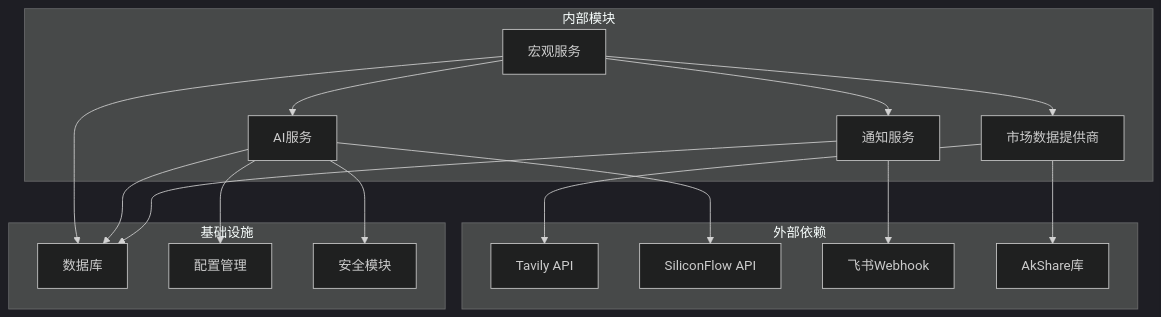
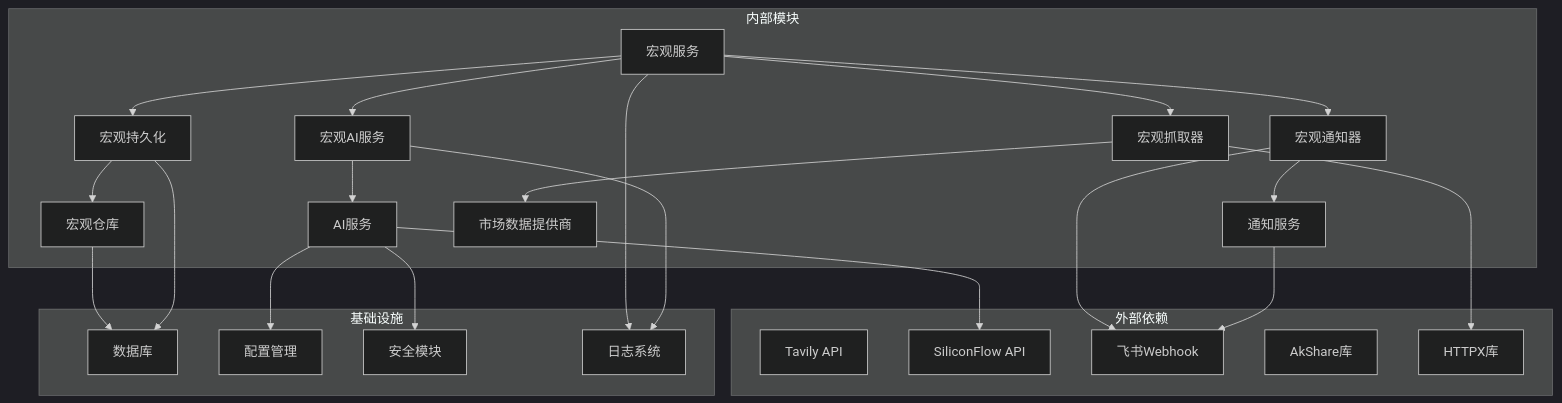
The fifth of 5 diagrams in .qoder/repowiki/zh/content/后端开发指南/业务服务实现/宏观分析服务.md (breeze-lyf/ai-stock-advisor), drawn with Mermaid (dark theme) before and after one commit. The commit also changed other lines of this file and 52 other files, not shown here.

Commit message:
Remove Alpha Vantage provider, enhance Akshare with retry and forced proxy for reliable market data, and introduce user notification settings with corresponding database migrations and frontend updates.

````diff
--- a/.qoder/repowiki/zh/content/后端开发指南/业务服务实现/宏观分析服务.md
+++ b/.qoder/repowiki/zh/content/后端开发指南/业务服务实现/宏观分析服务.md
@@ -315,32 +401,45 @@
 ```mermaid
 graph TB
 subgraph "外部依赖"
 Tavily[Tavily API]
 SiliconFlow[SiliconFlow API]
 Feishu[飞书Webhook]
 AkShare[AkShare库]
+httpx[HTTPX库]
 end
 subgraph "内部模块"
 MacroService[宏观服务]
+MacroAIService[宏观AI服务]
+MacroFetcher[宏观抓取器]
+MacroNotifier[宏观通知器]
+MacroPersistence[宏观持久化]
+MacroRepository[宏观仓库]
 AIService[AI服务]
 NotificationService[通知服务]
 MarketProviders[市场数据提供商]
 end
 subgraph "基础设施"
 Database[数据库]
 Config[配置管理]
 Security[安全模块]
+Logging[日志系统]
 end
-MacroService --> AIService
-MacroService --> NotificationService
-MacroService --> MarketProviders
+MacroService --> MacroAIService
+MacroService --> MacroFetcher
+MacroService --> MacroNotifier
+MacroService --> MacroPersistence
+MacroPersistence --> MacroRepository
+MacroAIService --> AIService
+MacroNotifier --> NotificationService
+MacroFetcher --> MarketProviders
 AIService --> SiliconFlow
 AIService --> Config
 AIService --> Security
-MarketProviders --> Tavily
-MarketProviders --> AkShare
-MacroService --> Database
-AIService --> Database
+MacroRepository --> Database
+MacroPersistence --> Database
+MacroNotifier --> Feishu
 NotificationService --> Feishu
-NotificationService --> Database
+MacroService --> Logging
+MacroAIService --> Logging
+MacroFetcher --> httpx
 ```
````
